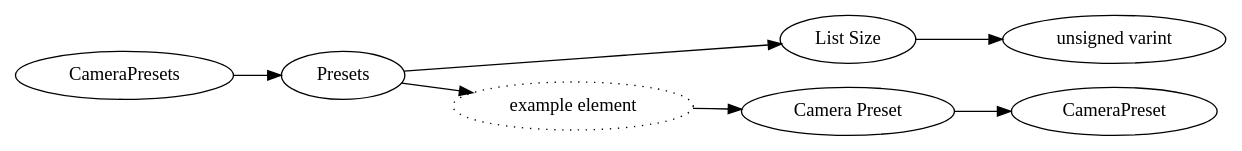
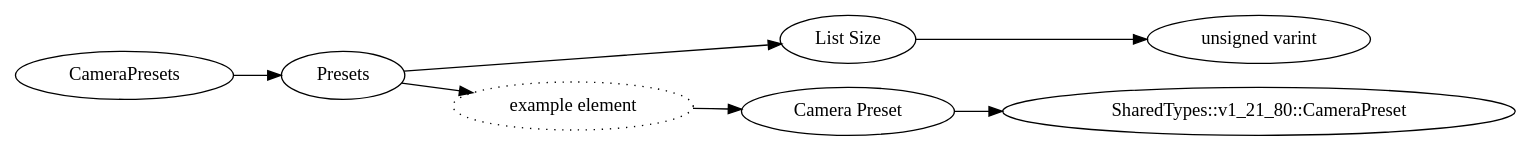
Before and after one commit to Mojang/bedrock-protocol-docs: the diagram in dot/CameraPresets.dot, drawn with Graphviz. The commit also changed 183 other files, not shown here.

```diff
--- a/dot/CameraPresets.dot
+++ b/dot/CameraPresets.dot
@@ -1,20 +1,20 @@
 digraph "CameraPresets" {
 rankdir = LR
 2
 2 -> 3
 3 -> 4
 4 -> 5
 3 -> 6
 6 -> 7
-7 -> 95
+7 -> 100
 
 2 [label="CameraPresets",comment="name: \"CameraPresets\", typeName: \"\", id: 2, branchId: 0, recurseId: -1, attributes: 0, notes: \"\""];
 3 [label="Presets",comment="name: \"Presets\", typeName: \"\", id: 3, branchId: 0, recurseId: -1, attributes: 8, notes: \"\""];
 4 [label="List Size",comment="name: \"List Size\", typeName: \"\", id: 4, branchId: 0, recurseId: -1, attributes: 0, notes: \"\""];
 5 [label="unsigned varint",comment="name: \"unsigned varint\", typeName: \"\", id: 5, branchId: 0, recurseId: -1, attributes: 512, notes: \"\""];
 6 [label="example element",style=dotted,comment="name: \"example element\", typeName: \"\", id: 6, branchId: 0, recurseId: -1, attributes: 16, notes: \"\""];
-7 [label="Camera Preset",comment="name: \"Camera Preset\", typeName: \"CameraPreset\", id: 7, branchId: 0, recurseId: -1, attributes: 256, notes: \"\""];
-95 [label="CameraPreset",comment="name: \"CameraPreset\", typeName: \"\", id: 95, branchId: 0, recurseId: -1, attributes: 512, notes: \"\""];
-{ rank = max;5;95}
+7 [label="Camera Preset",comment="name: \"Camera Preset\", typeName: \"SharedTypes::v1_21_80::CameraPreset\", id: 7, branchId: 0, recurseId: -1, attributes: 256, notes: \"\""];
+100 [label="SharedTypes::v1_21_80::CameraPreset",comment="name: \"SharedTypes::v1_21_80::CameraPreset\", typeName: \"\", id: 100, branchId: 0, recurseId: -1, attributes: 512, notes: \"\""];
+{ rank = max;5;100}
 
 }
```
